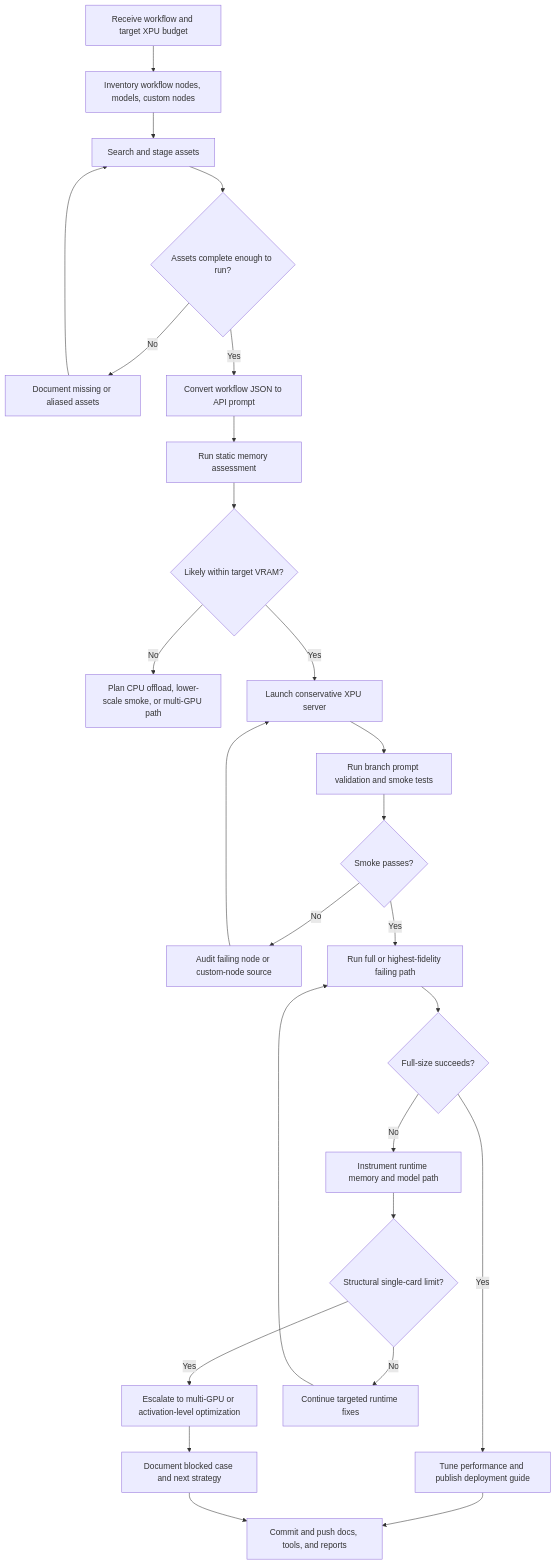
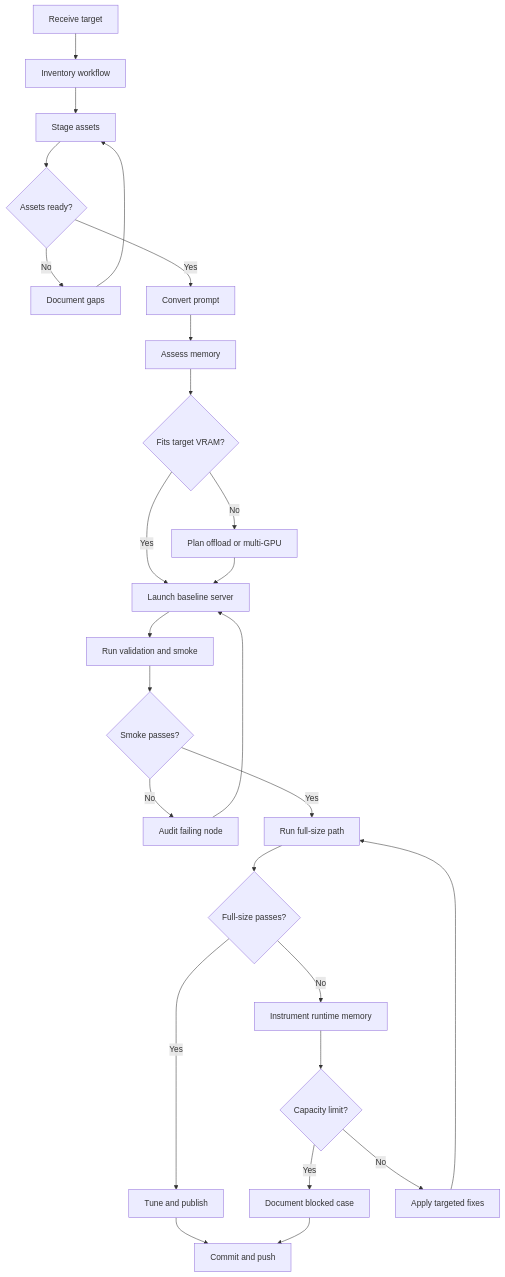
Before and after one commit to tinafengfun/ComfyUI: the diagram in docs/README.md, drawn with Mermaid. The commit also changed other lines of this file and 3 other files, not shown here.

````diff
--- a/docs/README.md
+++ b/docs/README.md
@@ -26,28 +26,28 @@
 ```mermaid
 flowchart TD
-    A[Receive workflow and target XPU budget] --> B[Inventory workflow nodes, models, custom nodes]
-    B --> C[Search and stage assets]
-    C --> D{Assets complete enough to run?}
-    D -- No --> E[Document missing or aliased assets]
+    A[Receive target] --> B[Inventory workflow]
+    B --> C[Stage assets]
+    C --> D{Assets ready?}
+    D -- No --> E[Document gaps]
     E --> C
-    D -- Yes --> F[Convert workflow JSON to API prompt]
-    F --> G[Run static memory assessment]
-    G --> H{Likely within target VRAM?}
-    H -- No --> I[Plan CPU offload, lower-scale smoke, or multi-GPU path]
-    H -- Yes --> J[Launch conservative XPU server]
-    J --> K[Run branch prompt validation and smoke tests]
+    D -- Yes --> F[Convert prompt]
+    F --> G[Assess memory]
+    G --> H{Fits target VRAM?}
+    H -- No --> I[Plan offload or multi-GPU]
+    H -- Yes --> J[Launch baseline server]
+    I --> J
+    J --> K[Run validation and smoke]
     K --> L{Smoke passes?}
-    L -- No --> M[Audit failing node or custom-node source]
+    L -- No --> M[Audit failing node]
     M --> J
-    L -- Yes --> N[Run full or highest-fidelity failing path]
-    N --> O{Full-size succeeds?}
-    O -- Yes --> P[Tune performance and publish deployment guide]
-    O -- No --> Q[Instrument runtime memory and model path]
-    Q --> R{Structural single-card limit?}
-    R -- Yes --> S[Escalate to multi-GPU or activation-level optimization]
-    R -- No --> T[Continue targeted runtime fixes]
+    L -- Yes --> N[Run full-size path]
+    N --> O{Full-size passes?}
+    O -- Yes --> P[Tune and publish]
+    O -- No --> Q[Instrument runtime memory]
+    Q --> R{Capacity limit?}
+    R -- Yes --> S[Document blocked case]
+    R -- No --> T[Apply targeted fixes]
     T --> N
-    S --> U[Document blocked case and next strategy]
-    P --> V[Commit and push docs, tools, and reports]
-    U --> V
+    P --> V[Commit and push]
+    S --> V
 ```
````
